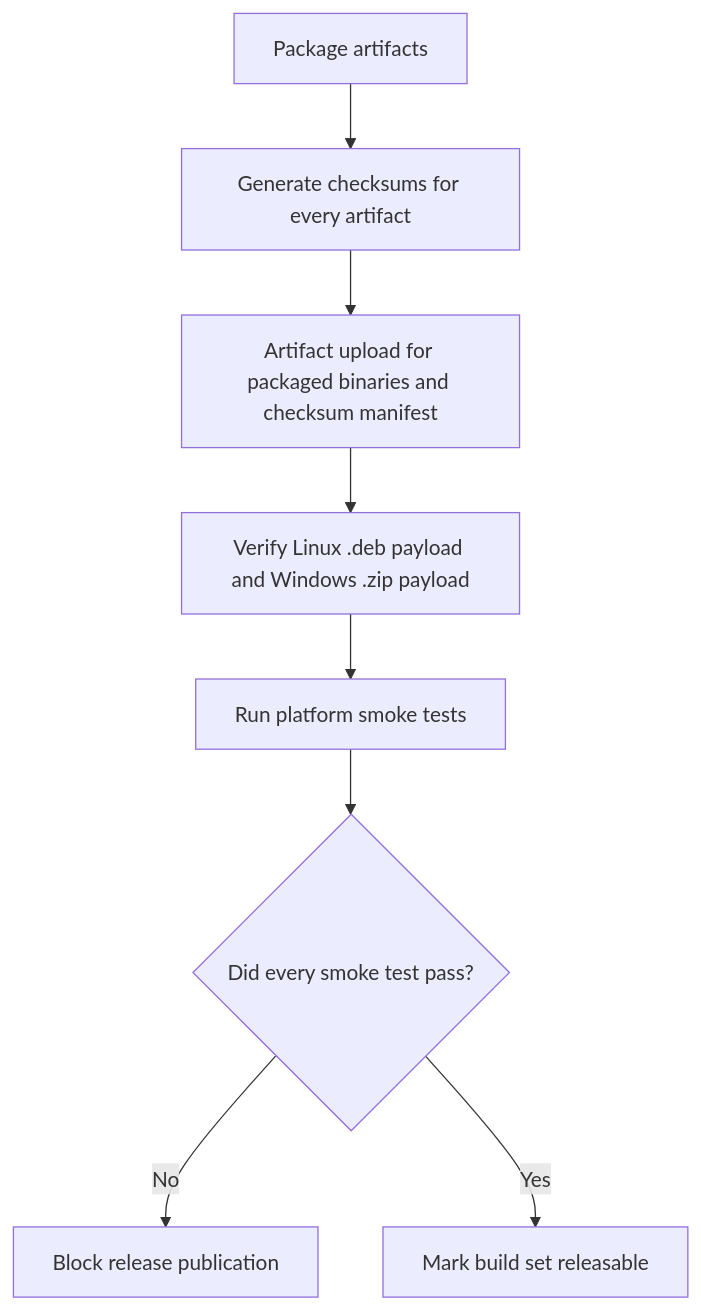
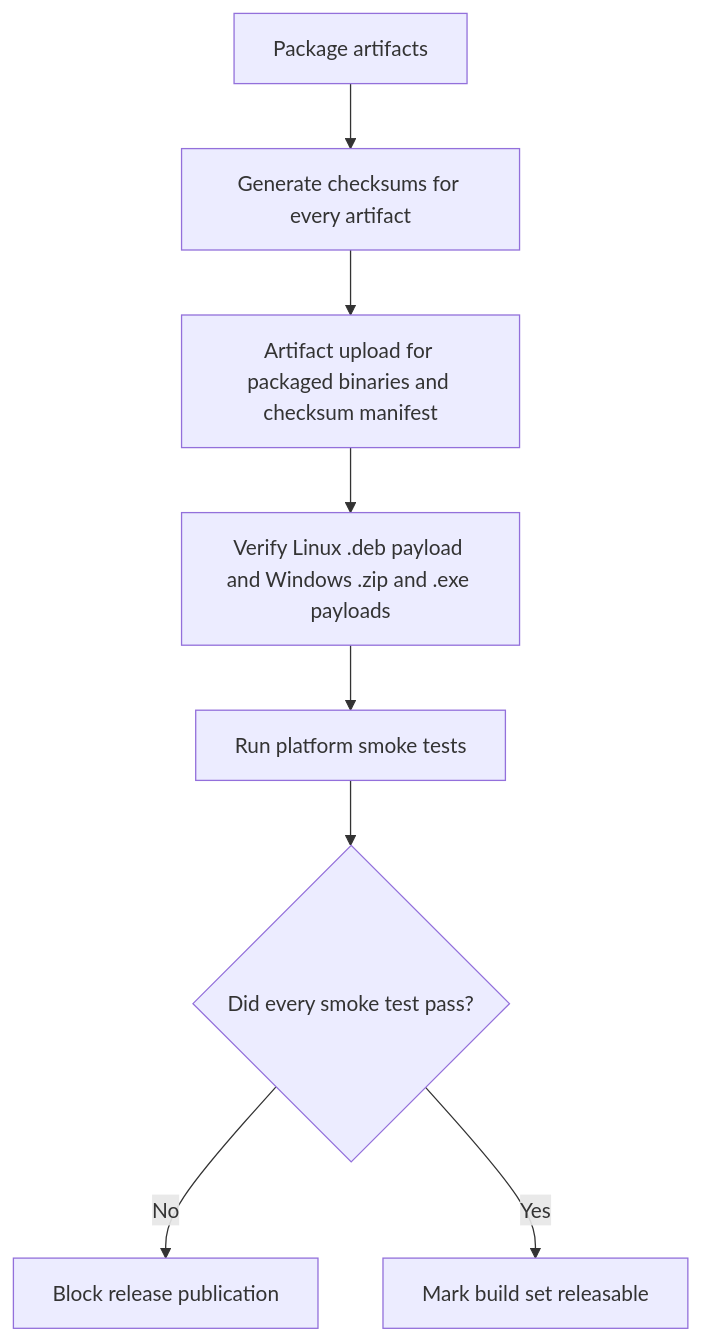
One commit to vivekvedant/prune-guard changed the second of 3 diagrams in flowcharts/cross-platform-build-distribution.md. Above: the diagram before and after it, drawn with Mermaid. The commit also changed other lines of this file and 5 other files, not shown here.

````diff
--- a/flowcharts/cross-platform-build-distribution.md
+++ b/flowcharts/cross-platform-build-distribution.md
@@ -18,10 +18,10 @@
 ```mermaid
 flowchart TD
     A[Package artifacts] --> B[Generate checksums for every artifact]
     B --> C[Artifact upload for packaged binaries and checksum manifest]
-    C --> D[Verify Linux .deb payload and Windows .zip payload]
+    C --> D[Verify Linux .deb payload and Windows .zip and .exe payloads]
     D --> E[Run platform smoke tests]
     E --> F{Did every smoke test pass?}
     F -- No --> G[Block release publication]
     F -- Yes --> H[Mark build set releasable]
 ```
````
